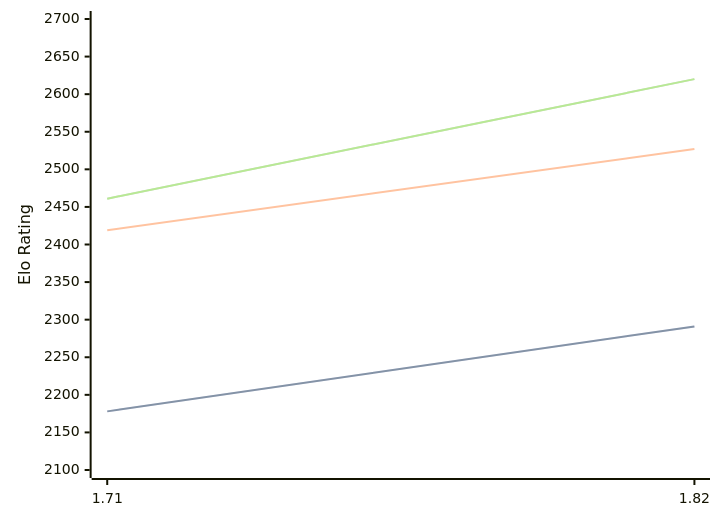
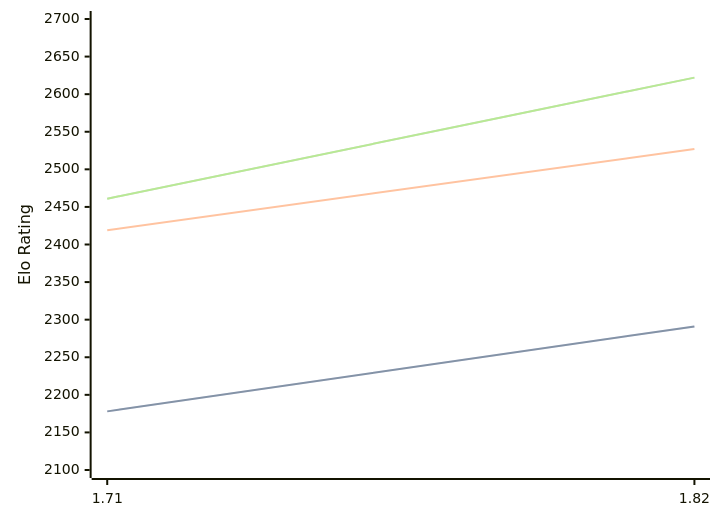
One commit to computer-chess-index/cci changed the first of 3 diagrams in engines/Amira.md. Above: the diagram before and after it, drawn with Mermaid. The commit also changed other lines of this file, not shown here.

Commit message:
Update CCI Ratings (ELO VLTC) - 2026-07-02

````diff
--- a/engines/Amira.md
+++ b/engines/Amira.md
@@ -35,11 +35,11 @@
 ```mermaid
 %%{init: {"theme":"base","themeVariables":{"seriesColors:['#a3a3a3','#222221','#faa371']}}}%%
 xychart-beta
   x-axis ["1.71", "1.82"]
   y-axis "Elo Rating" 2100 --> 2700
   line "STC (8.0+0.08s)" [2178, 2291]
   line "STC (8.0+0.08s)" [2178, 2291]
   line "LTC (60.0+0.60s)" [2419, 2527]
-  line "VLTC (2m24s+1.12s)" [2461, 2620]
-  line "VLTC (2m24s+1.12s)" [2461, 2620]
+  line "VLTC (2m24s+1.12s)" [2461, 2622]
+  line "VLTC (2m24s+1.12s)" [2461, 2622]
 ```
````
